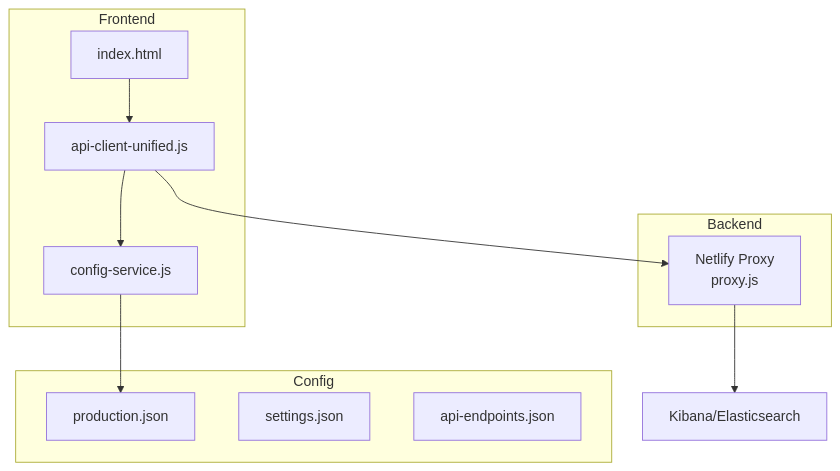
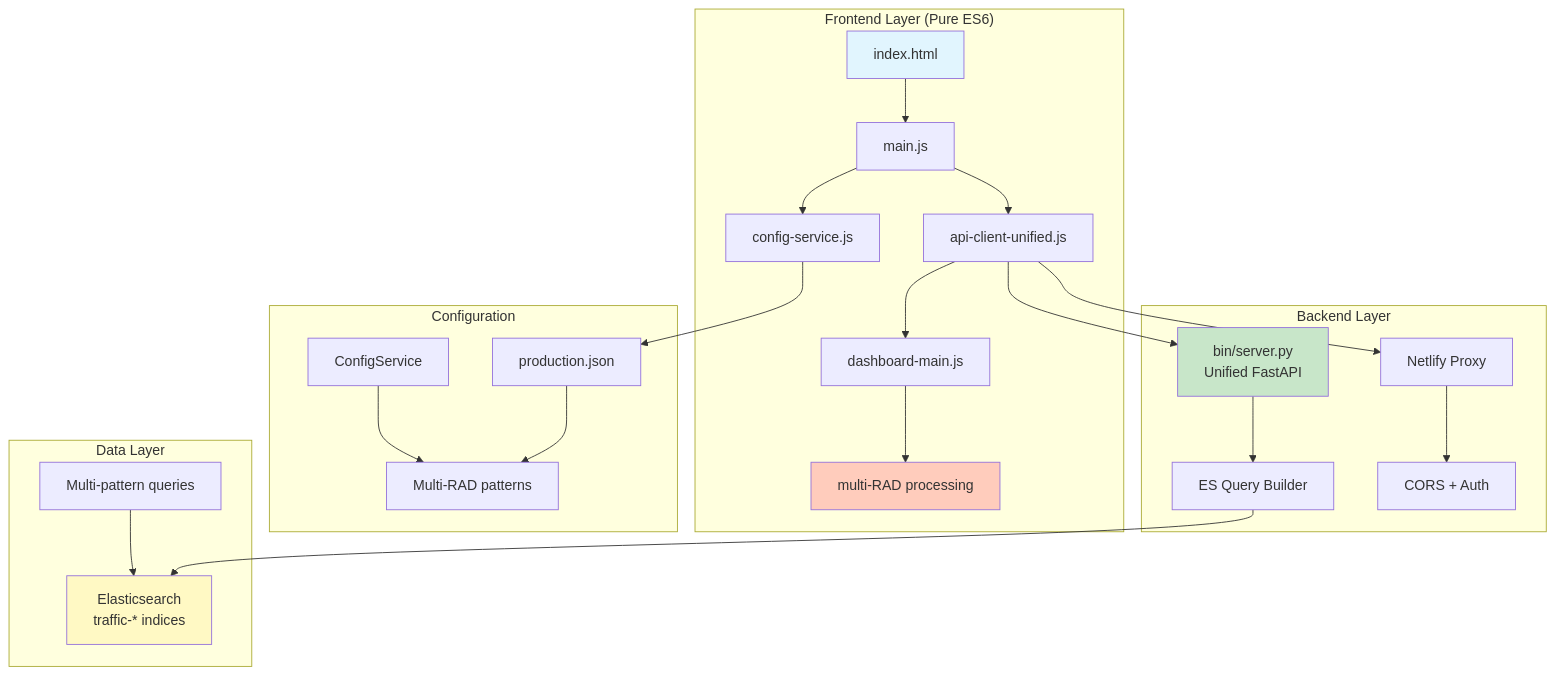
One commit to gitbasheer/radmonitor changed the second of 2 diagrams in README.md. Above: the diagram before and after it, drawn with Mermaid. The commit also changed other lines of this file and 253 other files, not shown here.

````diff
--- a/README.md
+++ b/README.md
@@ -86,21 +141,36 @@
 ```mermaid
 graph TB
-    subgraph "Frontend"
-        A[index.html] --> B[api-client-unified.js]
-        B --> C[config-service.js]
+    subgraph "Frontend Layer (Pure ES6)"
+        A[index.html] --> B[main.js]
+        B --> C[api-client-unified.js]
+        C --> D[dashboard-main.js]
+        B --> E[config-service.js]
+        D --> F[multi-RAD processing]
     end
 
-    subgraph "Config"
-        D[production.json]
-        E[settings.json]
-        F[api-endpoints.json]
+    subgraph "Configuration"
+        G[production.json] --> H[Multi-RAD patterns]
+        I[ConfigService] --> H
     end
 
-    subgraph "Backend"
-        G[Netlify Proxy<br/>proxy.js]
+    subgraph "Backend Layer"
+        J[bin/server.py<br/>Unified FastAPI] --> K[ES Query Builder]
+        L[Netlify Proxy] --> M[CORS + Auth]
     end
 
-    C --> D
-    B --> G
-    G --> H[Kibana/Elasticsearch]
+    subgraph "Data Layer"
+        N[Elasticsearch<br/>traffic-* indices]
+        O[Multi-pattern queries]
+    end
+
+    C --> J
+    C --> L
+    K --> N
+    O --> N
+    E --> G
+
+    style A fill:#e1f5fe
+    style J fill:#c8e6c9
+    style N fill:#fff9c4
+    style F fill:#ffccbc
 ```
````
